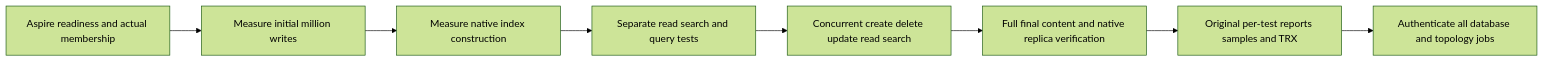
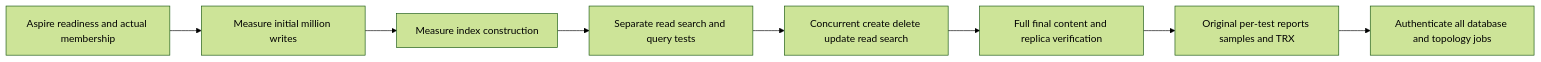
One commit to managedcode/KeyLoad changed the diagram in docs/Features/BenchmarkComparisons/Methodology.md. Above: the diagram before and after it, drawn with Mermaid (forest theme). The commit also changed other lines of this file and 9016 other files, not shown here.

````diff
--- a/docs/Features/BenchmarkComparisons/Methodology.md
+++ b/docs/Features/BenchmarkComparisons/Methodology.md
@@ -22,10 +22,10 @@
 ```mermaid
 flowchart LR
     Ready[Aspire readiness and actual membership] --> Load[Measure initial million writes]
-    Load --> Index[Measure native index construction]
+    Load --> Index[Measure index construction]
     Index --> Operations[Separate read search and query tests]
     Operations --> Mixed[Concurrent create delete update read search]
-    Mixed --> Verify[Full final content and native replica verification]
+    Mixed --> Verify[Full final content and replica verification]
     Verify --> Original[Original per-test reports samples and TRX]
     Original --> Aggregate[Authenticate all database and topology jobs]
 ```
````
